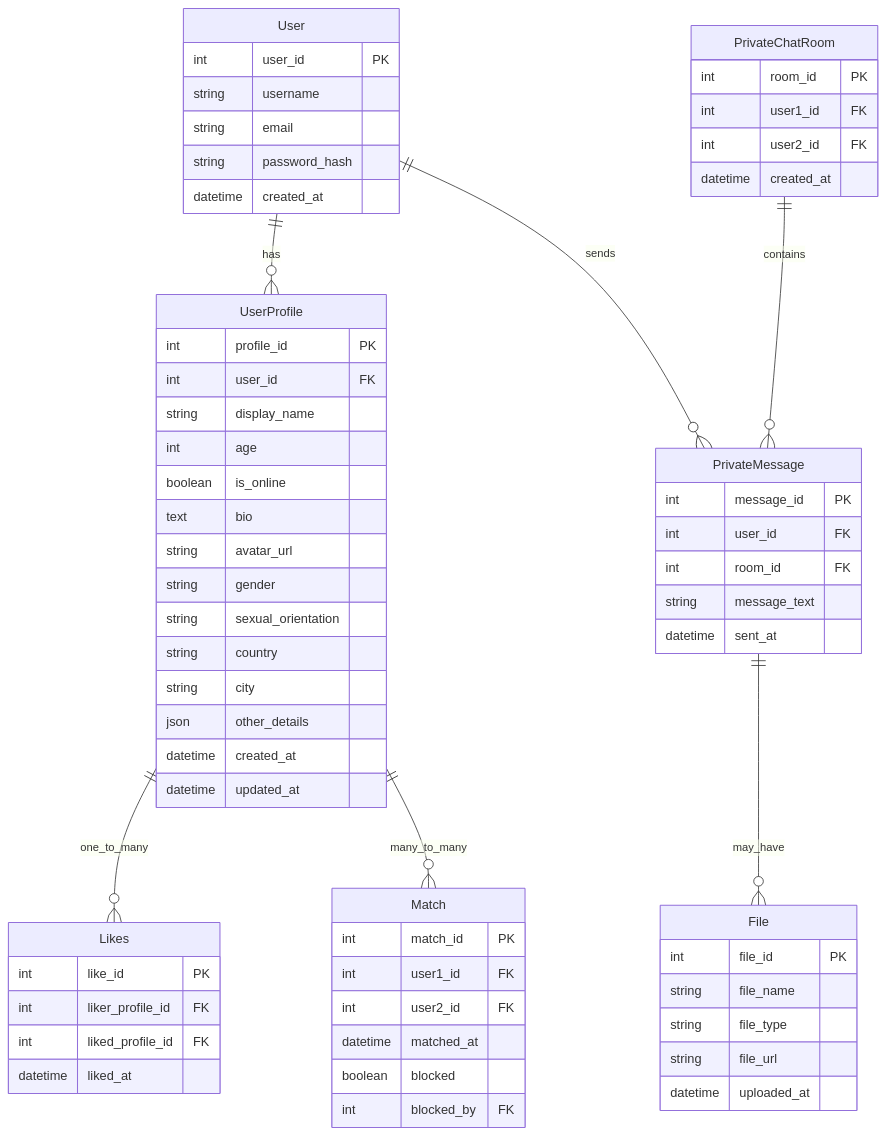
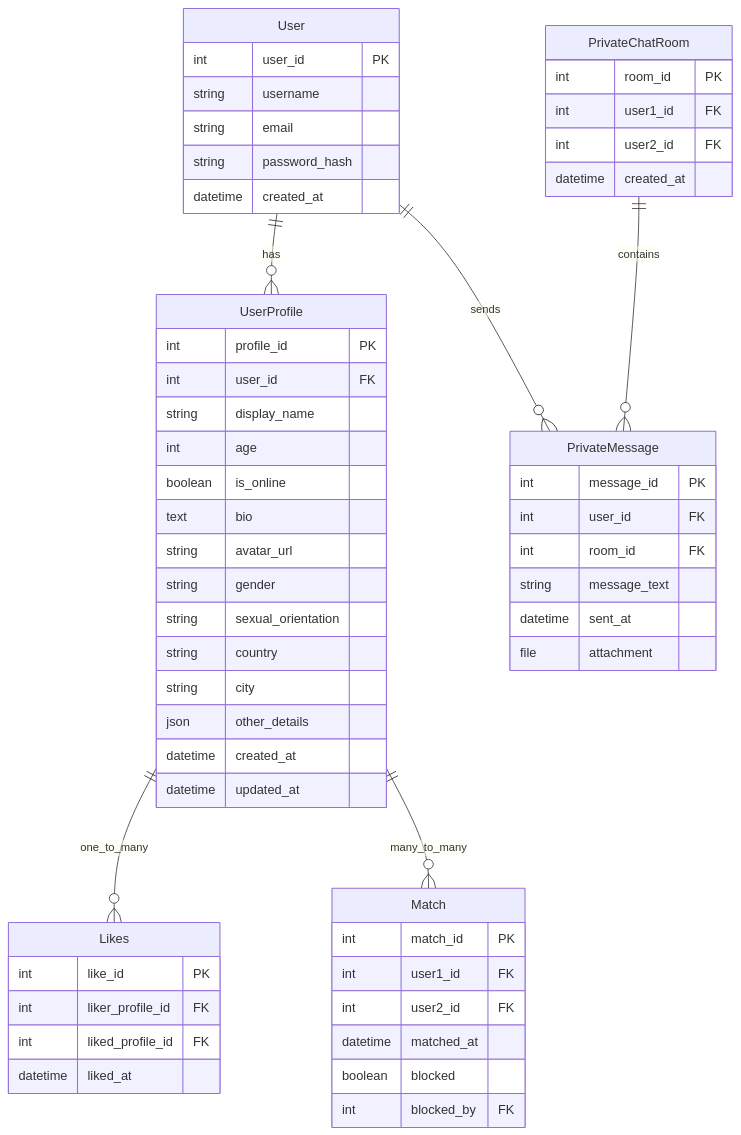
Before and after one commit to dimitri-edel/team-5: the diagram in README.md, drawn with Mermaid.

````diff
--- a/README.md
+++ b/README.md
@@ -60,69 +60,62 @@
 ```mermaid
 erDiagram
     User {
         int user_id PK
         string username
         string email
         string password_hash
         datetime created_at
     }
     UserProfile {
         int profile_id PK
         int user_id FK
         string display_name
         int age
         boolean is_online
         text bio
         string avatar_url
         string gender
         string sexual_orientation
         string country
         string city
         json other_details
         datetime created_at
         datetime updated_at
     }
     PrivateChatRoom {
         int room_id PK
         int user1_id FK
         int user2_id FK
         datetime created_at
     }    
     PrivateMessage {
         int message_id PK
         int user_id FK
         int room_id FK
         string message_text
         datetime sent_at
-    }
-    File {
-        int file_id PK
-        string file_name
-        string file_type
-        string file_url
-        datetime uploaded_at
-    }    
+        file attachment 
+    }   
     Match {
         int match_id PK
         int user1_id FK
         int user2_id FK
         datetime matched_at
         boolean blocked
         int blocked_by FK
     }
     %% blocked_by: user_id of the user who initiated the block
     
     Likes {
         int like_id PK
         int liker_profile_id FK
         int liked_profile_id FK
         datetime liked_at
     }
 
     User ||--o{ UserProfile : has
     User ||--o{ PrivateMessage : sends
     PrivateChatRoom ||--o{ PrivateMessage : contains
-    PrivateMessage ||--o{ File : may_have
     UserProfile ||--o{ Likes : one_to_many
     UserProfile ||--o{ Match : many_to_many
 ```
````
